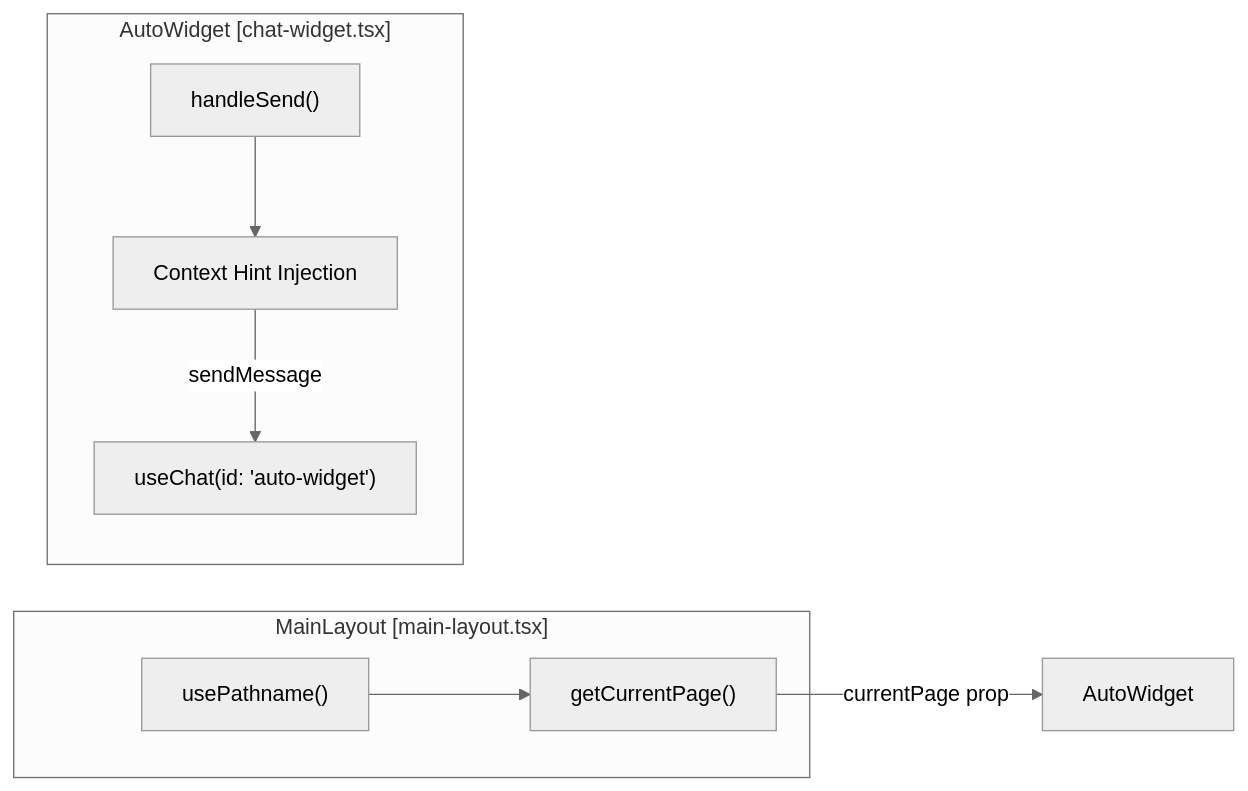
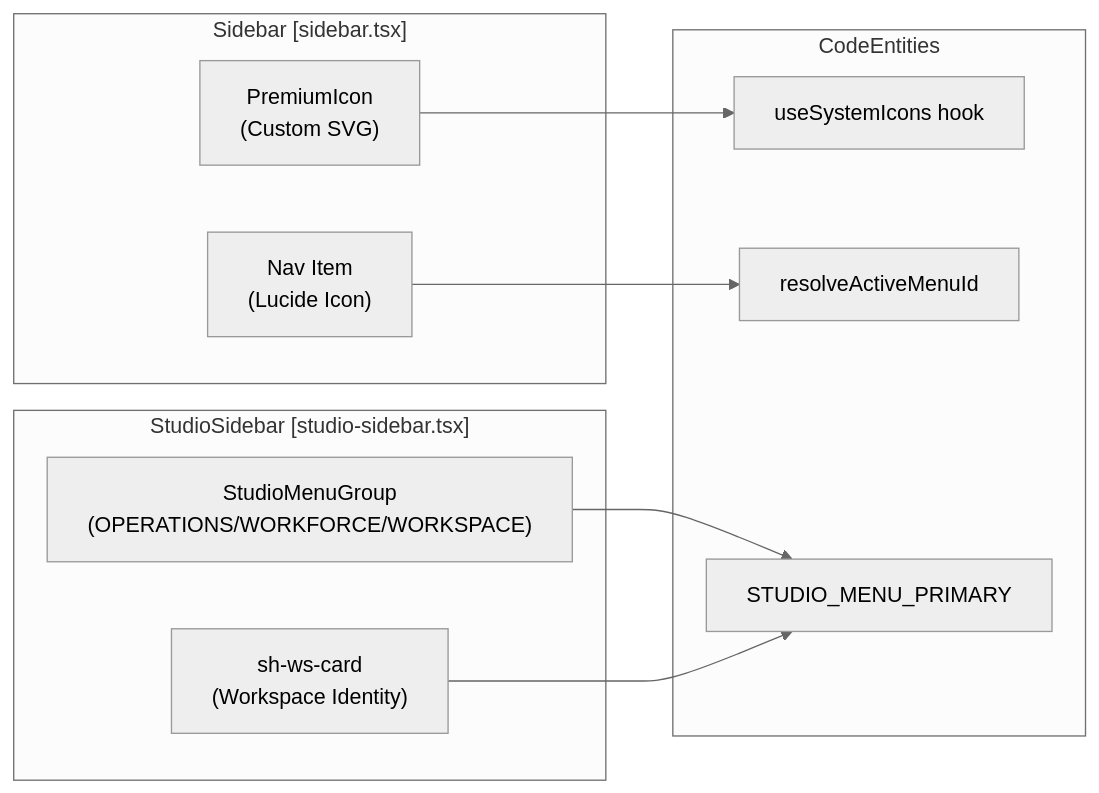
The second of 2 diagrams in docs/frontend-architecture/navigation-layout.md (AutomatosAI/automatos-ai), drawn with Mermaid (neutral theme) before and after one commit. The commit also changed other lines of this file and 191 other files, not shown here.

````diff
--- a/docs/frontend-architecture/navigation-layout.md
+++ b/docs/frontend-architecture/navigation-layout.md
@@ -126,18 +174,23 @@
 ```mermaid
 graph LR
-    subgraph "MainLayout [main-layout.tsx]"
-        pathname["usePathname()"]
-        pageContext["getCurrentPage()"]
+    subgraph "Sidebar [sidebar.tsx]"
+        ClassicItem["Nav Item<br/>(Lucide Icon)"]
+        PremiumIcon["PremiumIcon<br/>(Custom SVG)"]
     end
 
-    subgraph "AutoWidget [chat-widget.tsx]"
-        useChat["useChat(id: 'auto-widget')"]
-        handleSend["handleSend()"]
-        contextHint["Context Hint Injection"]
+    subgraph "StudioSidebar [studio-sidebar.tsx]"
+        Group["StudioMenuGroup<br/>(OPERATIONS/WORKFORCE/WORKSPACE)"]
+        WSItem["sh-ws-card<br/>(Workspace Identity)"]
     end
 
-    pathname --> pageContext
-    pageContext -->|currentPage prop| AutoWidget
-    handleSend --> contextHint
-    contextHint -->|sendMessage| useChat
+    subgraph "CodeEntities"
+        useSystemIcons["useSystemIcons hook"]
+        resolveActive["resolveActiveMenuId"]
+        STUDIO_MENU_PRIMARY["STUDIO_MENU_PRIMARY"]
+    end
+
+    PremiumIcon --> useSystemIcons
+    ClassicItem --> resolveActive
+    Group --> STUDIO_MENU_PRIMARY
+    WSItem --> STUDIO_MENU_PRIMARY
 ```
````
